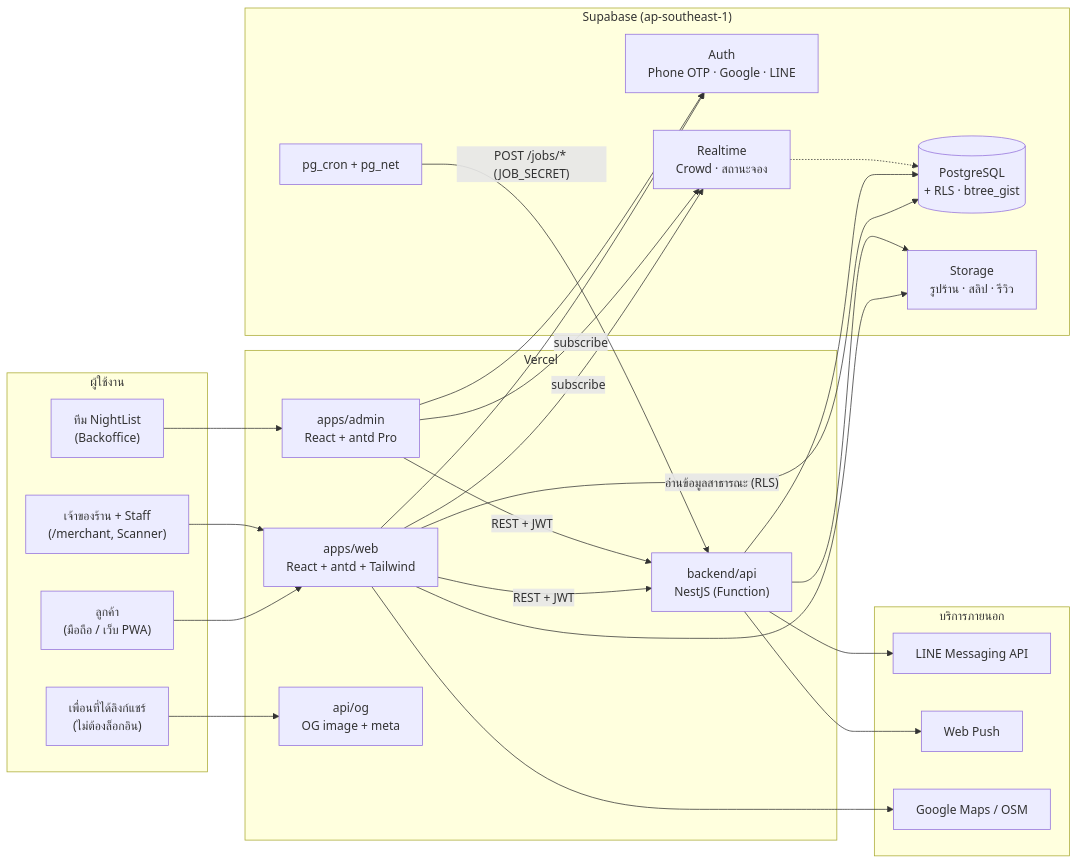
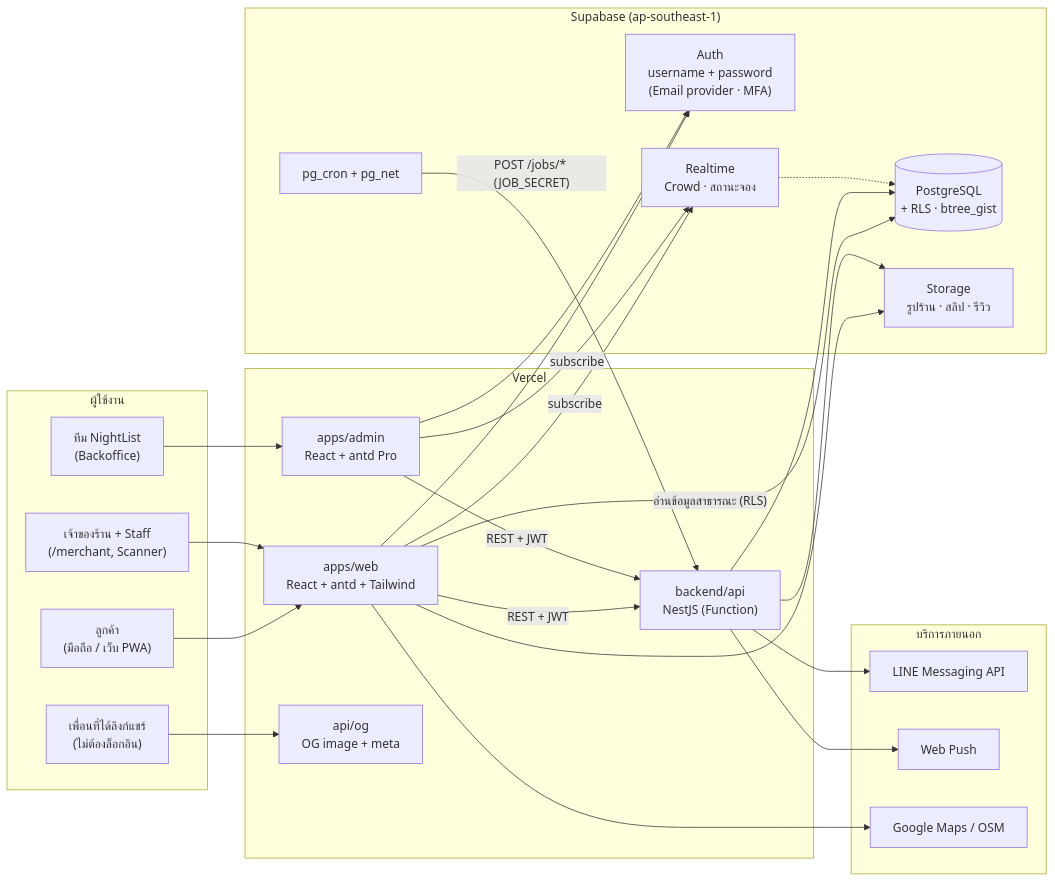
Before and after one commit to NightList/NightList: the first of 6 diagrams in docs/ARCHITECTURE.md, drawn with Mermaid. The commit also changed other lines of this file and 4 other files, not shown here.

First line of the commit message:
docs: decide function components + hooks; username/password auth (v2.7)

````diff
--- a/docs/ARCHITECTURE.md
+++ b/docs/ARCHITECTURE.md
@@ -7,46 +7,46 @@
 ```mermaid
 flowchart LR
   subgraph Clients["ผู้ใช้งาน"]
     C["ลูกค้า<br/>(มือถือ / เว็บ PWA)"]
     M["เจ้าของร้าน + Staff<br/>(/merchant, Scanner)"]
     A["ทีม NightList<br/>(Backoffice)"]
     F["เพื่อนที่ได้ลิงก์แชร์<br/>(ไม่ต้องล็อกอิน)"]
   end
 
   subgraph Vercel["Vercel"]
     WEB["apps/web<br/>React + antd + Tailwind"]
     ADM["apps/admin<br/>React + antd Pro"]
     OG["api/og<br/>OG image + meta"]
     API["backend/api<br/>NestJS (Function)"]
   end
 
   subgraph Supabase["Supabase (ap-southeast-1)"]
-    AUTH["Auth<br/>Phone OTP · Google · LINE"]
+    AUTH["Auth<br/>username + password<br/>(Email provider · MFA)"]
     DB[("PostgreSQL<br/>+ RLS · btree_gist")]
     ST["Storage<br/>รูปร้าน · สลิป · รีวิว"]
     RT["Realtime<br/>Crowd · สถานะจอง"]
     CRON["pg_cron + pg_net"]
   end
 
   subgraph External["บริการภายนอก"]
     LINE["LINE Messaging API"]
     PUSH["Web Push"]
     MAP["Google Maps / OSM"]
   end
 
   C & M --> WEB
   A --> ADM
   F --> OG
   WEB & ADM -- "REST + JWT" --> API
   WEB -- "อ่านข้อมูลสาธารณะ (RLS)" --> DB
   WEB & ADM -- "subscribe" --> RT
   WEB & ADM --> AUTH
   WEB --> ST
   WEB --> MAP
   API --> DB
   API --> ST
   API --> LINE
   API --> PUSH
   CRON -- "POST /jobs/* (JOB_SECRET)" --> API
   RT -.-> DB
 ```
````
